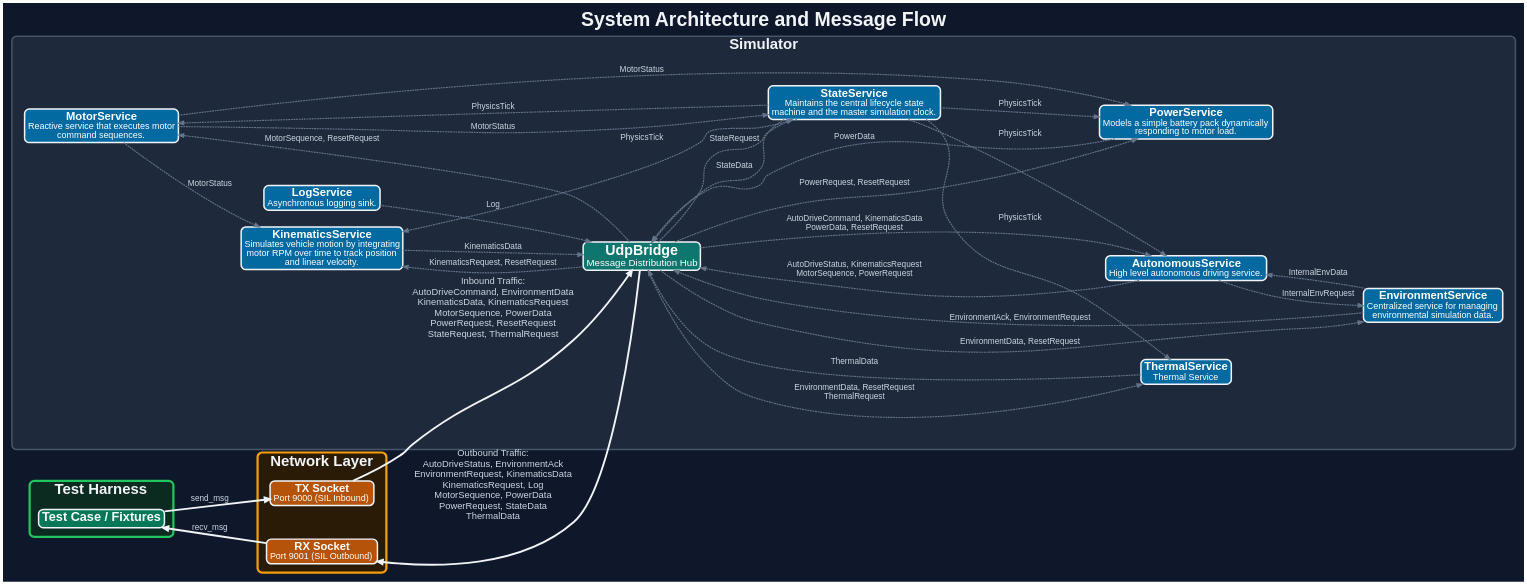
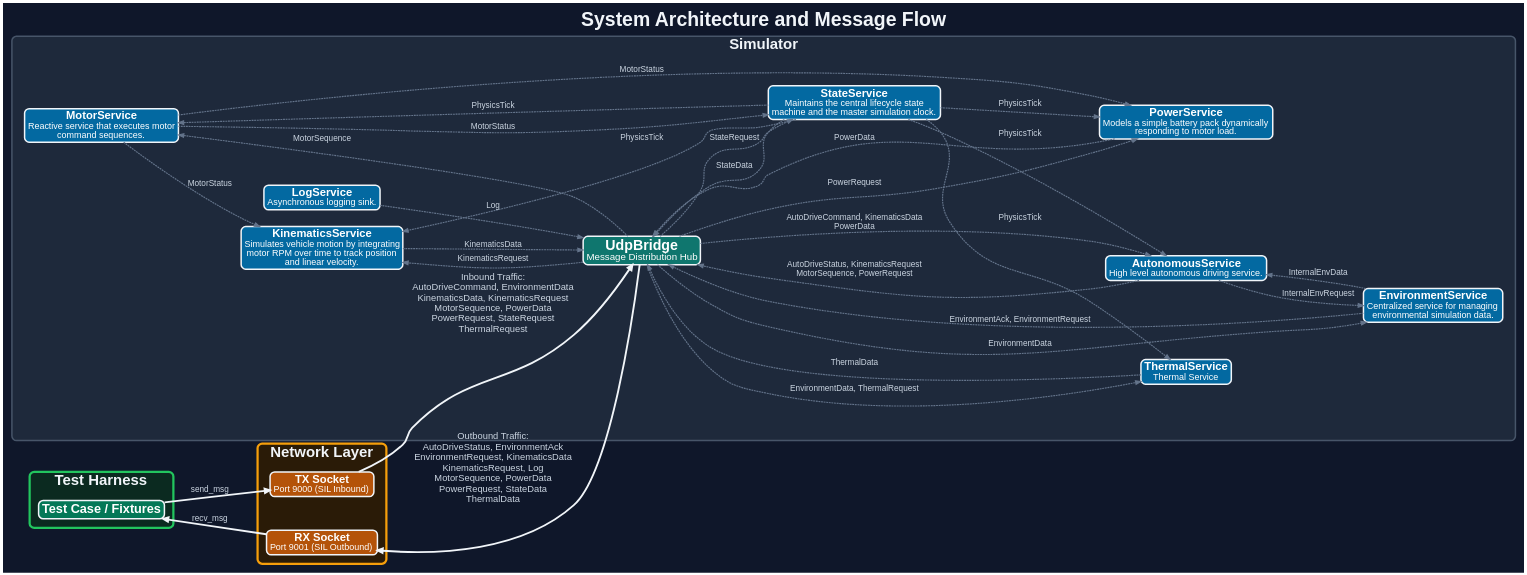
The diagram in doc/ipc_flow.dot (AxelBjork/reflect_pytest), drawn with Graphviz before and after one commit. The commit also changed 36 other files, not shown here.

```diff
--- a/doc/ipc_flow.dot
+++ b/doc/ipc_flow.dot
@@ -1,159 +1,159 @@
 digraph IPC {
   rankdir=LR;
   bgcolor="#0F172A";
   pad=0.22;
   nodesep=0.62;
   ranksep=0.70;
   splines=spline;
   remincross=true;
 
   fontname="Helvetica,Arial,sans-serif";
   fontsize=52;
   fontcolor="#F1F5F9";
   label=<<B>System Architecture and Message Flow</B>>;
   labelloc="t";
 
   node [
     fontname="Helvetica,Arial,sans-serif",
     shape=rect,
     style="filled,rounded",
     fixedsize=false,
     margin="0.12,0.08",
     fontsize=28,
     fontcolor="#FFFFFF",
     penwidth=4,
     color="#F1F5F9"
   ];
 
   edge [
     fontname="Helvetica,Arial,sans-serif",
     fontsize=22,
     fontcolor="#CBD5E1",
     color="#64748B",
     penwidth=3.0,
     arrowsize=1.4,
     labelfloat=false,
     labeldistance=0.8,
     labelangle=10
   ];
 
   // --- Simulator ---
   subgraph cluster_sim {
     label=<<B><FONT POINT-SIZE="40">Simulator</FONT></B>>;
     fontcolor="#F1F5F9";
     style="rounded,filled";
     color="#475569";
     penwidth=4;
     fillcolor="#1E293B";
     margin=34;
     MotorService [
       fillcolor="#0369A1",
       label=<<B><FONT POINT-SIZE="30">MotorService</FONT></B><BR/><FONT POINT-SIZE="24">Reactive service that executes motor<BR/>command sequences.</FONT>>
     ];
     KinematicsService [
       fillcolor="#0369A1",
       label=<<B><FONT POINT-SIZE="30">KinematicsService</FONT></B><BR/><FONT POINT-SIZE="24">Simulates vehicle motion by integrating<BR/>motor RPM over time to track position<BR/>and linear velocity.</FONT>>
     ];
     PowerService [
       fillcolor="#0369A1",
       label=<<B><FONT POINT-SIZE="30">PowerService</FONT></B><BR/><FONT POINT-SIZE="24">Models a simple battery pack dynamically<BR/>responding to motor load.</FONT>>
     ];
     StateService [
       fillcolor="#0369A1",
       label=<<B><FONT POINT-SIZE="30">StateService</FONT></B><BR/><FONT POINT-SIZE="24">Maintains the central lifecycle state<BR/>machine and the master simulation clock.</FONT>>
     ];
     ThermalService [
       fillcolor="#0369A1",
       label=<<B><FONT POINT-SIZE="30">ThermalService</FONT></B><BR/><FONT POINT-SIZE="24">Thermal Service</FONT>>
     ];
     EnvironmentService [
       fillcolor="#0369A1",
       label=<<B><FONT POINT-SIZE="30">EnvironmentService</FONT></B><BR/><FONT POINT-SIZE="24">Centralized service for managing<BR/>environmental simulation data.</FONT>>
     ];
     AutonomousService [
       fillcolor="#0369A1",
       label=<<B><FONT POINT-SIZE="30">AutonomousService</FONT></B><BR/><FONT POINT-SIZE="24">High level autonomous driving service.</FONT>>
     ];
     LogService [
       fillcolor="#0369A1",
       label=<<B><FONT POINT-SIZE="30">LogService</FONT></B><BR/><FONT POINT-SIZE="24">Asynchronous logging sink.</FONT>>
     ];
     UdpBridge [
       fillcolor="#0F766E",
       label=<<B><FONT POINT-SIZE="38">UdpBridge</FONT></B><BR/><FONT POINT-SIZE="26">Message Distribution Hub</FONT>>
     ];
   }
 
   // --- Network Layer bounding box (TX/RX) ---
   subgraph cluster_sockets {
     label=<<B><FONT POINT-SIZE="40">Network Layer</FONT></B>>;
     fontcolor="#F1F5F9";
     style="rounded,filled";
     color="#F59E0B";
     penwidth=6;
     fillcolor="#2A1B07";
     margin=24;
 
     { rank=same; TX; RX; }
 
     TX [
       fillcolor="#B45309",
       label=<<B><FONT POINT-SIZE="30">TX Socket</FONT></B><BR/><FONT POINT-SIZE="24">Port 9000 (SIL Inbound)</FONT>>
     ];
     RX [
       fillcolor="#B45309",
       label=<<B><FONT POINT-SIZE="30">RX Socket</FONT></B><BR/><FONT POINT-SIZE="24">Port 9001 (SIL Outbound)</FONT>>
     ];
 
     TX -> RX [style=invis, weight=50, constraint=false];
   }
 
   // --- Test Harness bounding box ---
   subgraph cluster_fixtures {
     label=<<B><FONT POINT-SIZE="40">Test Harness</FONT></B>>;
     fontcolor="#F1F5F9";
     style="rounded,filled";
     color="#22C55E";
     penwidth=6;
     fillcolor="#0B2A20";
     margin=24;
 
     TestCase [
       fillcolor="#047857",
       label=<<B><FONT POINT-SIZE="34">Test Case / Fixtures</FONT></B>>
     ];
   }
 
   TestCase -> TX [label="send_msg", color="#F1F5F9", penwidth=5];
-  TX -> UdpBridge [label="Inbound Traffic:\nAutoDriveCommand, EnvironmentData\nKinematicsData, KinematicsRequest\nMotorSequence, PowerData\nPowerRequest, ResetRequest\nStateRequest, ThermalRequest", color="#F1F5F9", penwidth=5, fontsize=25];
+  TX -> UdpBridge [label="Inbound Traffic:\nAutoDriveCommand, EnvironmentData\nKinematicsData, KinematicsRequest\nMotorSequence, PowerData\nPowerRequest, StateRequest\nThermalRequest", color="#F1F5F9", penwidth=5, fontsize=25];
 
   // Internal Simulator Logic
   AutonomousService -> EnvironmentService [label="InternalEnvRequest", style=dashed];
   AutonomousService -> UdpBridge [label="AutoDriveStatus, KinematicsRequest\nMotorSequence, PowerRequest", style=dashed];
   EnvironmentService -> AutonomousService [label="InternalEnvData", style=dashed];
   EnvironmentService -> UdpBridge [label="EnvironmentAck, EnvironmentRequest", style=dashed];
   KinematicsService -> UdpBridge [label="KinematicsData", style=dashed];
   LogService -> UdpBridge [label="Log", style=dashed];
   MotorService -> KinematicsService [label="MotorStatus", style=dashed];
   MotorService -> PowerService [label="MotorStatus", style=dashed];
   MotorService -> StateService [label="MotorStatus", style=dashed];
   PowerService -> UdpBridge [label="PowerData", style=dashed];
   StateService -> AutonomousService [label="PhysicsTick", style=dashed];
   StateService -> KinematicsService [label="PhysicsTick", style=dashed];
   StateService -> MotorService [label="PhysicsTick", style=dashed];
   StateService -> PowerService [label="PhysicsTick", style=dashed];
   StateService -> ThermalService [label="PhysicsTick", style=dashed];
   StateService -> UdpBridge [label="StateData", style=dashed];
   ThermalService -> UdpBridge [label="ThermalData", style=dashed];
-  UdpBridge -> AutonomousService [label="AutoDriveCommand, KinematicsData\nPowerData, ResetRequest", style=dashed];
-  UdpBridge -> EnvironmentService [label="EnvironmentData, ResetRequest", style=dashed];
-  UdpBridge -> KinematicsService [label="KinematicsRequest, ResetRequest", style=dashed];
-  UdpBridge -> MotorService [label="MotorSequence, ResetRequest", style=dashed];
-  UdpBridge -> PowerService [label="PowerRequest, ResetRequest", style=dashed];
+  UdpBridge -> AutonomousService [label="AutoDriveCommand, KinematicsData\nPowerData", style=dashed];
+  UdpBridge -> EnvironmentService [label="EnvironmentData", style=dashed];
+  UdpBridge -> KinematicsService [label="KinematicsRequest", style=dashed];
+  UdpBridge -> MotorService [label="MotorSequence", style=dashed];
+  UdpBridge -> PowerService [label="PowerRequest", style=dashed];
   UdpBridge -> StateService [label="StateRequest", style=dashed];
-  UdpBridge -> ThermalService [label="EnvironmentData, ResetRequest\nThermalRequest", style=dashed];
+  UdpBridge -> ThermalService [label="EnvironmentData, ThermalRequest", style=dashed];
 
   // Flow: Simulator -> Network -> Test Harness
   RX -> UdpBridge [label="Outbound Traffic:\nAutoDriveStatus, EnvironmentAck\nEnvironmentRequest, KinematicsData\nKinematicsRequest, Log\nMotorSequence, PowerData\nPowerRequest, StateData\nThermalData", color="#F1F5F9", penwidth=5, dir=back, fontsize=25, arrowtail=normal];
   TestCase -> RX [label="recv_msg", color="#F1F5F9", penwidth=5, dir=back, arrowtail=normal];
 }
```
